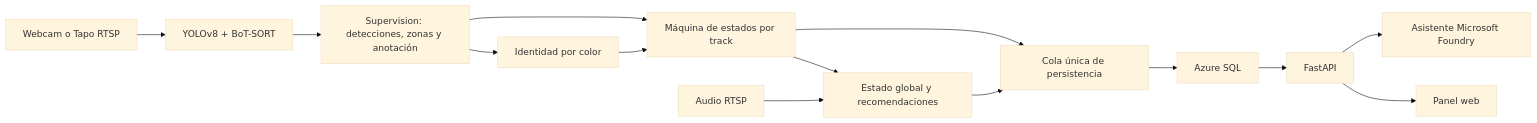
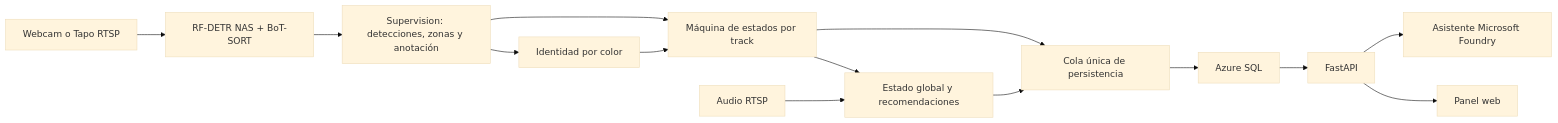
Before and after one commit to matiisnothere-15/CamaraNinfa: the diagram in README.md, drawn with Mermaid (base theme). The commit also changed other lines of this file and 82 other files, not shown here.

````diff
--- a/README.md
+++ b/README.md
@@ -36,16 +38,16 @@
 ```mermaid
 flowchart LR
-    C["Webcam o Tapo RTSP"] --> Y["YOLOv8 + BoT-SORT"]
+    C["Webcam o Tapo RTSP"] --> Y["RF-DETR NAS + BoT-SORT"]
     Y --> S["Supervision: detecciones, zonas y anotación"]
     S --> I["Identidad por color"]
     S --> F["Máquina de estados por track"]
     I --> F
     A["Audio RTSP"] --> E["Estado global y recomendaciones"]
     F --> E
     F --> Q["Cola única de persistencia"]
     E --> Q
     Q --> DB["Azure SQL"]
     DB --> API["FastAPI"]
     API --> W["Panel web"]
     API --> AI["Asistente Microsoft Foundry"]
 ```
````
